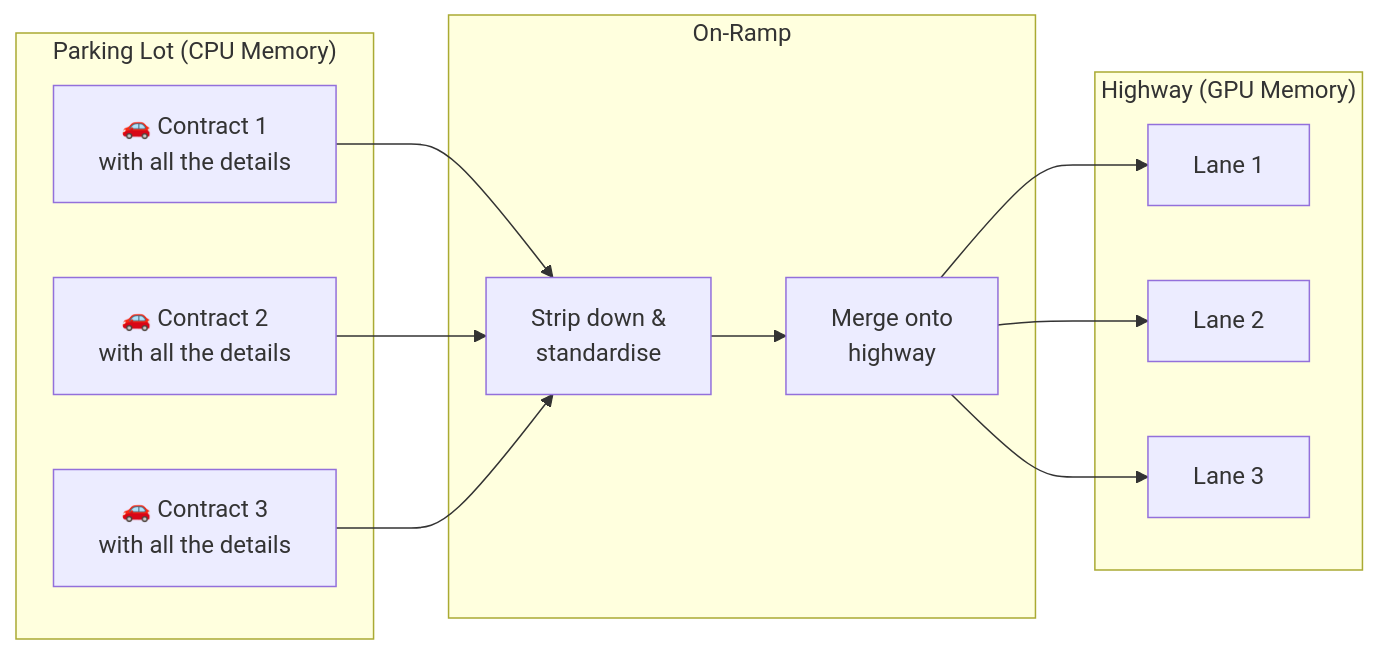
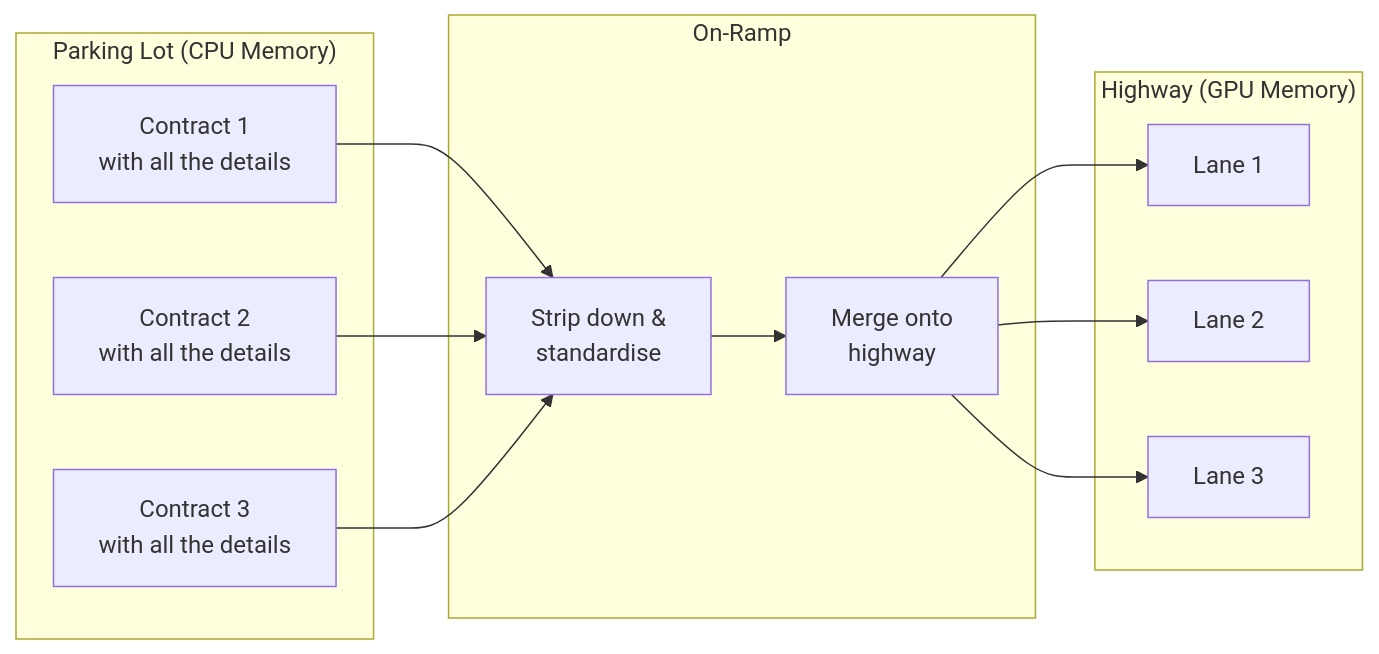
The fourth of 8 diagrams in docs/hackathon/cpu-vs-gpu-explained.md (FransVanEk/Actus-Insurance.Documentation), drawn with Mermaid before and after one commit. The commit also changed other lines of this file and 5 other files, not shown here.

Commit message:
Enhance Mermaid diagram styling and integrate global class definitions for consistent theming across diagrams

````diff
--- a/docs/hackathon/cpu-vs-gpu-explained.md
+++ b/docs/hackathon/cpu-vs-gpu-explained.md
@@ -113,27 +113,27 @@
 ```mermaid
 graph LR
     subgraph "Parking Lot (CPU Memory)"
-        C1["🚗 Contract 1<br/>with all the details"]
-        C2["🚗 Contract 2<br/>with all the details"]
-        C3["🚗 Contract 3<br/>with all the details"]
+        C1["Contract 1<br/>with all the details"]
+        C2["Contract 2<br/>with all the details"]
+        C3["Contract 3<br/>with all the details"]
     end
 
     subgraph "On-Ramp"
         PACK["Strip down &<br/>standardise"]
         XFER["Merge onto<br/>highway"]
     end
 
     subgraph "Highway (GPU Memory)"
         L1["Lane 1"]
         L2["Lane 2"]
         L3["Lane 3"]
     end
 
     C1 --> PACK
     C2 --> PACK
     C3 --> PACK
     PACK --> XFER
     XFER --> L1
     XFER --> L2
     XFER --> L3
 ```
````
